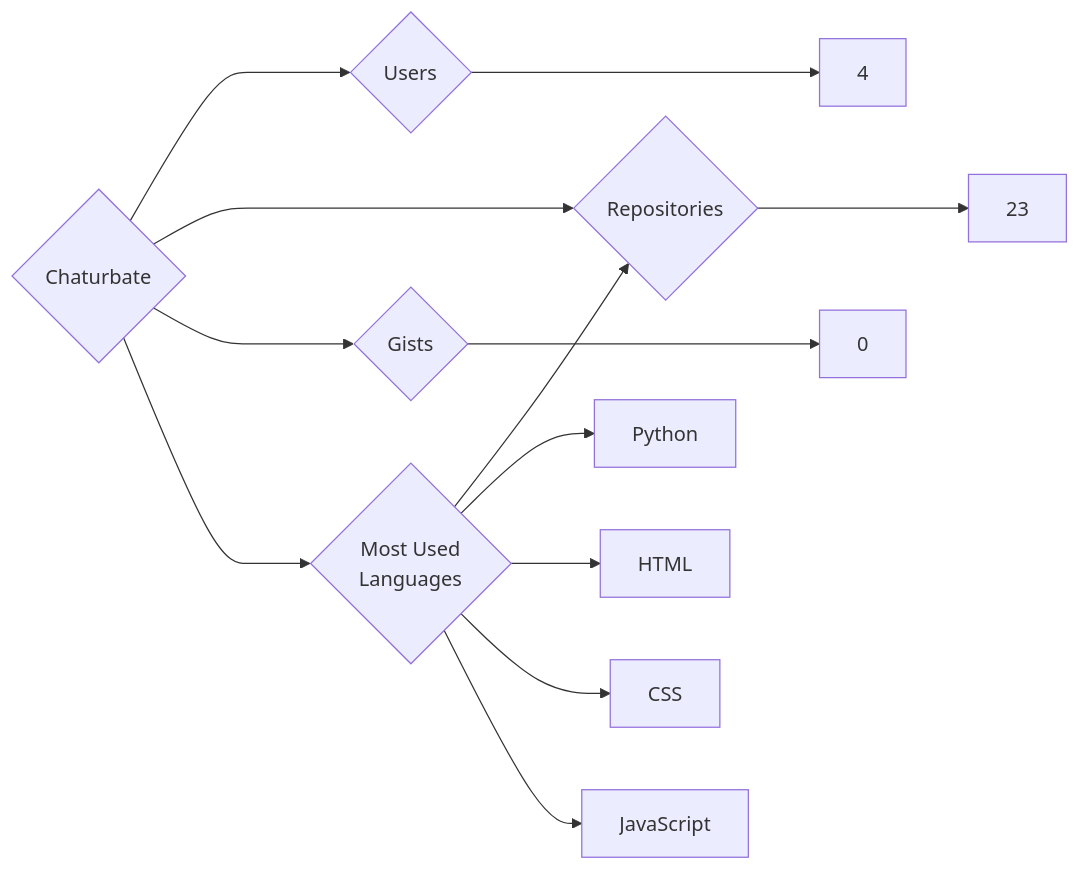
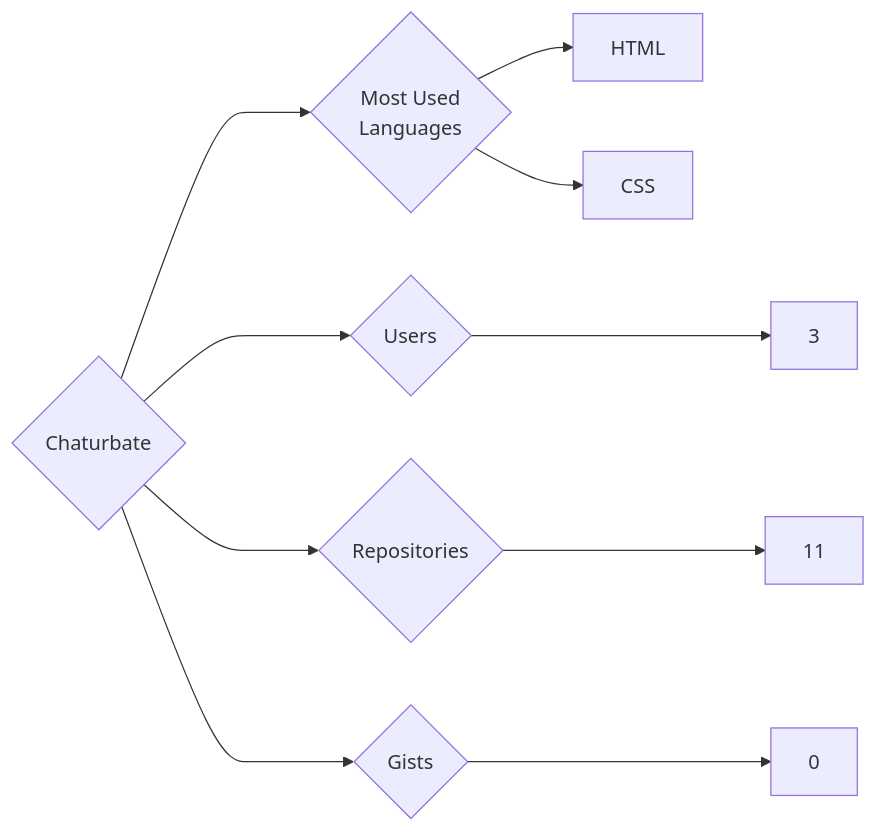
Before and after one commit to trickest/insiders: the diagram in targets/Chaturbate/README.md, drawn with Mermaid. The commit also changed 951 other files, not shown here.

````diff
--- a/targets/Chaturbate/README.md
+++ b/targets/Chaturbate/README.md
@@ -3,13 +3,10 @@
 ```mermaid
 graph LR
 COMPANY_NAME{Chaturbate}
-COMPANY_NAME ---> U{Users} ---> UN[4]
-COMPANY_NAME ---> R{Repositories} ---> RN[23]
+COMPANY_NAME ---> U{Users} ---> UN[3]
+COMPANY_NAME ---> R{Repositories} ---> RN[11]
 COMPANY_NAME ---> G{Gists} ---> GN[0]
 COMPANY_NAME ---> ML{Most Used<br>Languages}
-ML --> R
-ML --> Python
-ML --> HTML
-ML --> CSS
-ML --> JavaScript
+ML --> HTML[HTML]
+ML --> CSS[CSS]
 ```
````
